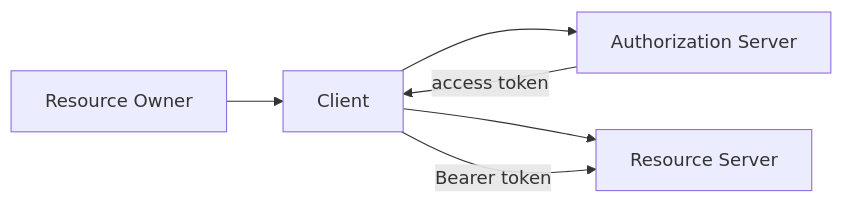
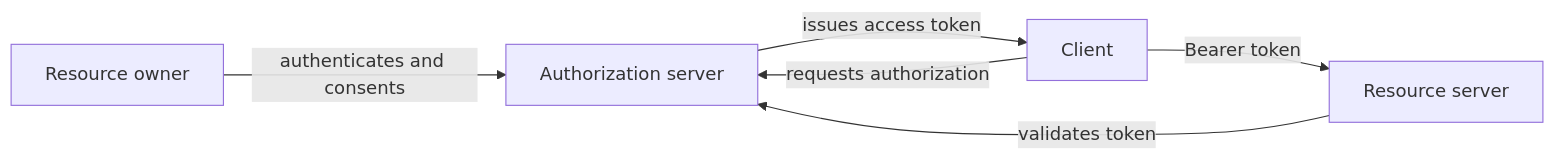
One commit to mohllal/system-design-interview-prep changed the first of 4 diagrams in advanced/01-oauth2.md. Above: the diagram before and after it, drawn with Mermaid. The commit also changed other lines of this file and 6 other files, not shown here.

````diff
--- a/advanced/01-oauth2.md
+++ b/advanced/01-oauth2.md
@@ -44,8 +49,8 @@
 ```mermaid
 graph LR
-    RO[Resource Owner] --> C[Client]
-    C --> AS[Authorization Server]
-    C --> RS[Resource Server]
-    AS -->|access token| C
-    C -->|Bearer token| RS
+    RO[Resource owner] -->|authenticates and consents| AS[Authorization server]
+    C[Client] -->|requests authorization| AS
+    AS -->|issues access token| C
+    C -->|Bearer token| RS[Resource server]
+    RS -->|validates token| AS
 ```
````
